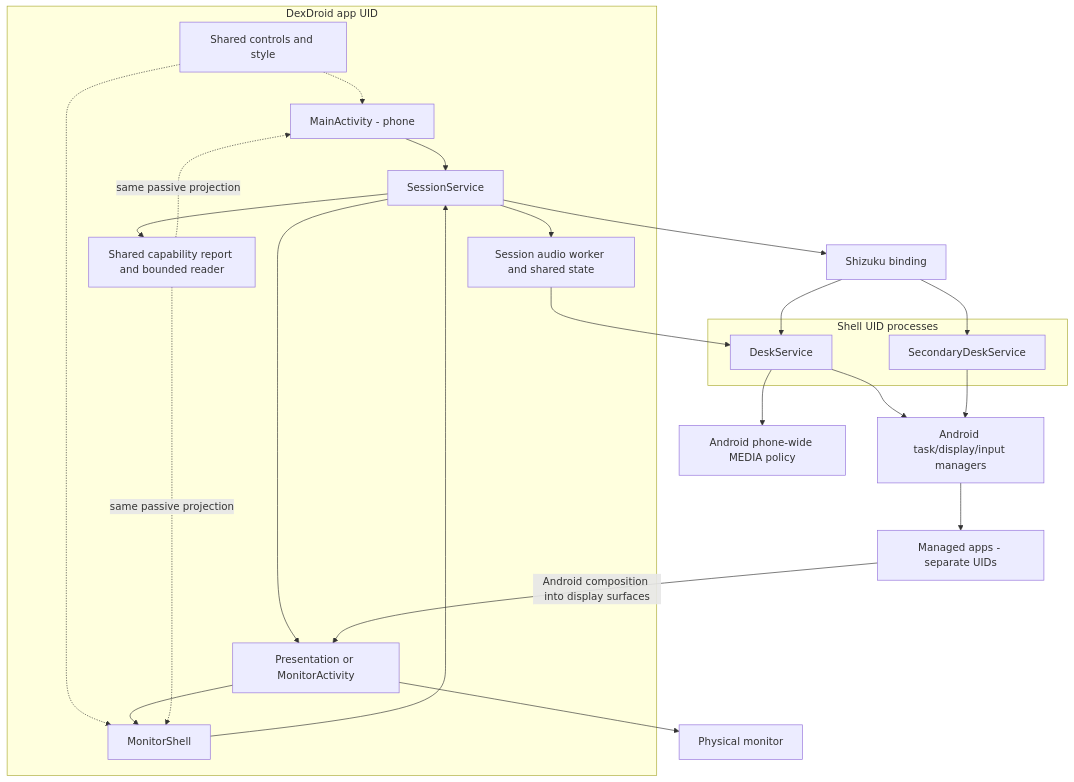
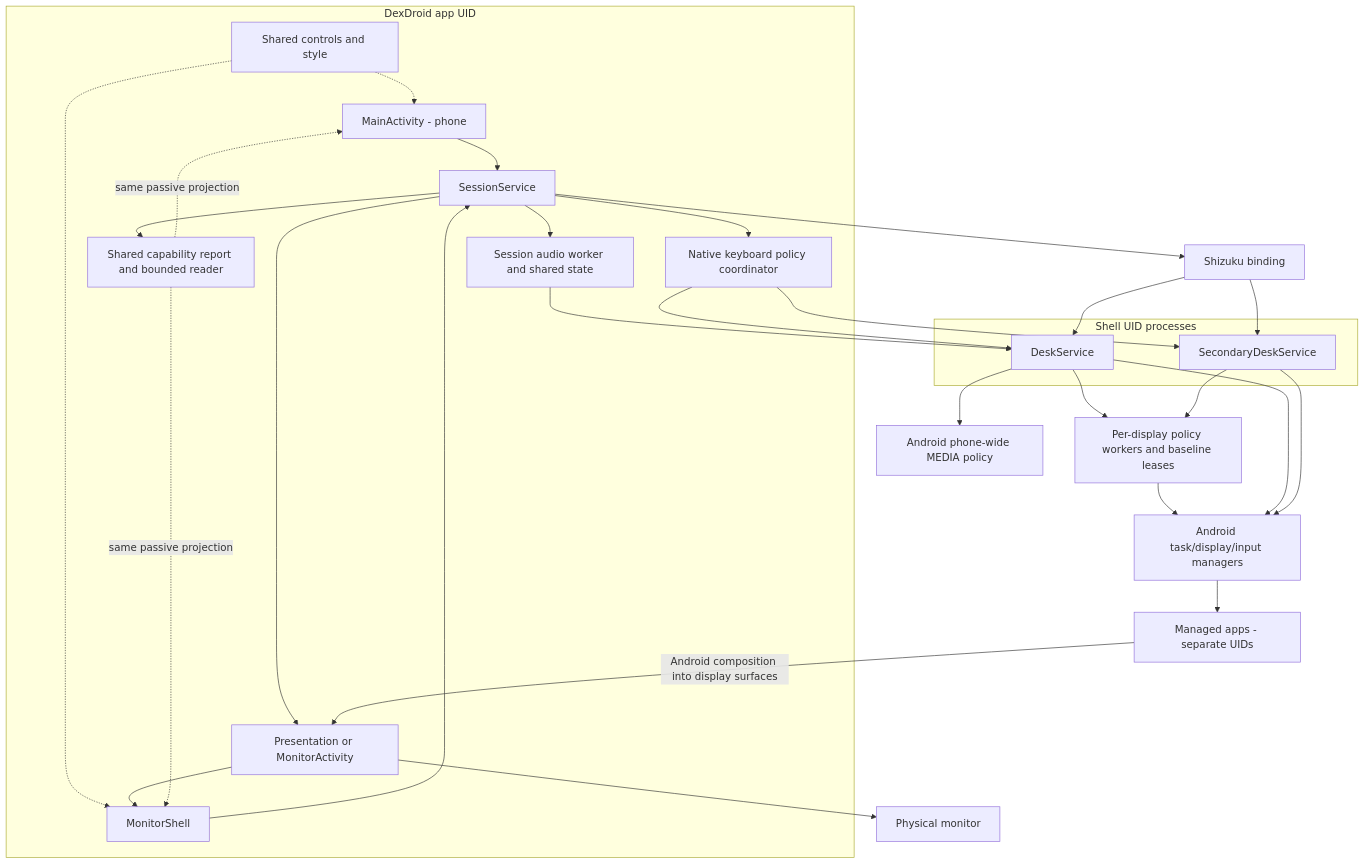
Before and after one commit to PhiLong-Ho/DexDroid: the first of 4 diagrams in docs/ARCHITECTURE.md, drawn with Mermaid. The commit also changed other lines of this file and 60 other files, not shown here.

Commit message:
Add native monitor keyboard and release 0.18.0 (#12)

````diff
--- a/docs/ARCHITECTURE.md
+++ b/docs/ARCHITECTURE.md
@@ -20,40 +20,47 @@
 ```mermaid
 flowchart TB
     subgraph App[DexDroid app UID]
         Phone[MainActivity - phone]
         Shared[Shared controls and style]
         Session[SessionService]
         Audio[Session audio worker and shared state]
+        Keyboard[Native keyboard policy coordinator]
         Capabilities[Shared capability report and bounded reader]
         Host[Presentation or MonitorActivity]
         ShellUI[MonitorShell]
         Phone --> Session
         Shared -.-> Phone
         Shared -.-> ShellUI
         ShellUI --> Session
         Host --> ShellUI
         Session --> Host
         Session --> Capabilities
         Capabilities -.->|same passive projection| Phone
         Capabilities -.->|same passive projection| ShellUI
     end
     Shizuku[Shizuku binding]
     subgraph Privileged[Shell UID processes]
         Primary[DeskService]
         Secondary[SecondaryDeskService]
     end
     Android[Android task/display/input managers]
     Apps[Managed apps - separate UIDs]
     Output[Physical monitor]
     Session --> Audio
     Audio --> Primary
+    Session --> Keyboard
+    Keyboard --> Primary
+    Keyboard --> Secondary
+    Primary --> Ime[Per-display policy workers and baseline leases]
+    Secondary --> Ime
+    Ime --> Android
     Primary --> AudioPolicy[Android phone-wide MEDIA policy]
     Session --> Shizuku
     Shizuku --> Primary
     Shizuku --> Secondary
     Primary --> Android
     Secondary --> Android
     Android --> Apps
     Apps -->|Android composition into display surfaces| Host
     Host --> Output
 ```
````
